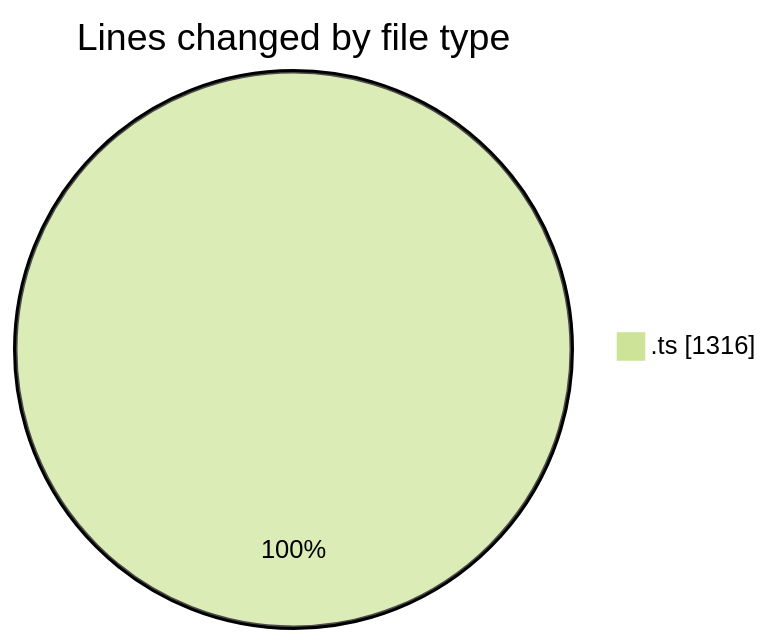
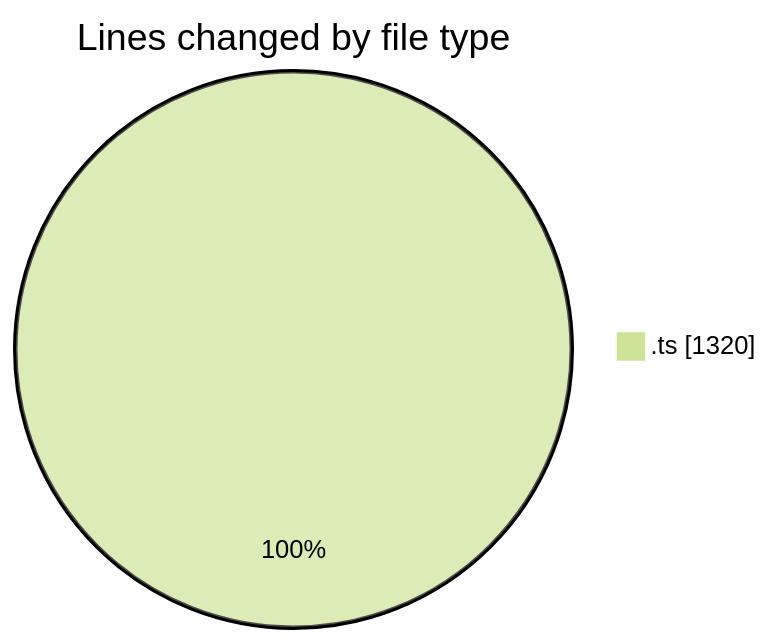
The first of 2 diagrams in 2025-10-30/cda/README.md (momahboobian/code-tracking), drawn with Mermaid (forest theme) before and after one commit. The commit also changed other lines of this file and 1 other file, not shown here.

````diff
--- a/2025-10-30/cda/README.md
+++ b/2025-10-30/cda/README.md
@@ -22,5 +22,5 @@
 ```mermaid
 pie showData
 title Lines changed by file type
-".ts" : 1316
+".ts" : 1320
 ```
````
